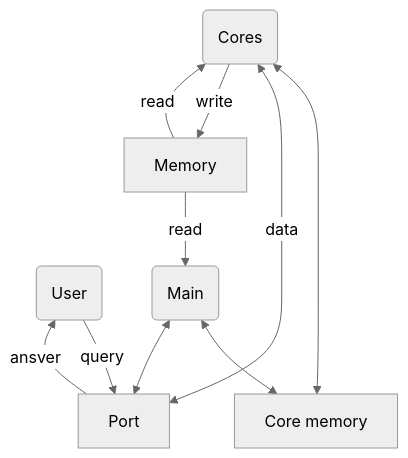
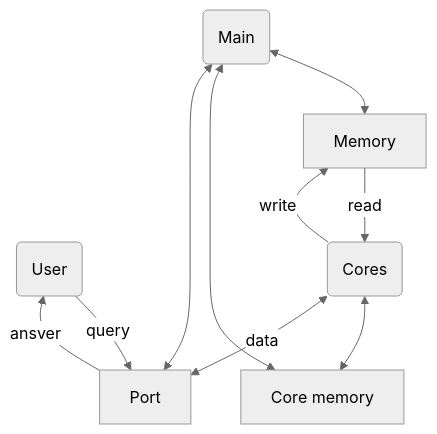
One commit to ZeleniyKustik/VSDSFM changed the diagram in README.md. Above: the diagram before and after it, drawn with Mermaid (neutral theme).

````diff
--- a/README.md
+++ b/README.md
@@ -4,30 +4,30 @@
 ```mermaid
 graph TD
     user(User) 
     main(Main)
     core(Cores)
 
     port[Port]
     mem[Memory]
     memcore[Core memory]
 
 
 
     user --> |query| port
     port --> |ansver| user
 
    
-    mem -->|read|main
+    main <--> mem
     main <--> memcore
     main <--> port
 
 
     core <-->  memcore
 core <--> |data| port
     core -->|write| mem
     mem -->|read| core
     
   
 
 
 ```
````
